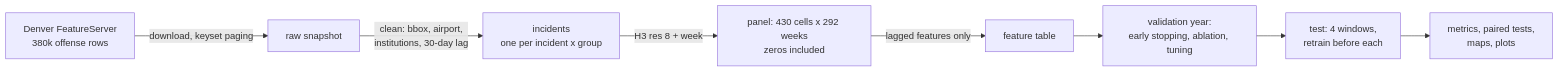
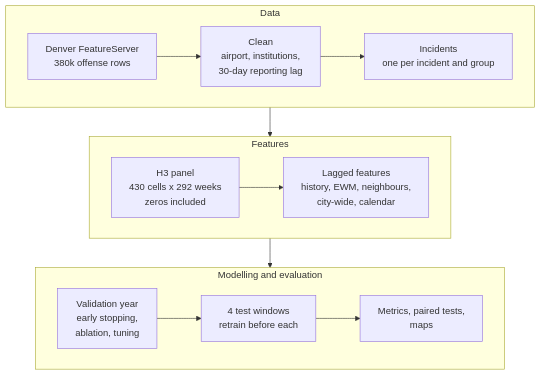
One commit to TaimourKhan2132/DenverCrime changed the diagram in README.md. Above: the diagram before and after it, drawn with Mermaid. The commit also changed other lines of this file and 4 other files, not shown here.

First line of the commit message:
docs: readable pipeline and evaluation diagrams

````diff
--- a/README.md
+++ b/README.md
@@ -131,10 +131,16 @@
 ```mermaid
-flowchart LR
-    A[Denver FeatureServer<br/>380k offense rows] -->|download, keyset paging| B[raw snapshot]
-    B -->|clean: bbox, airport,<br/>institutions, 30-day lag| C[incidents<br/>one per incident x group]
-    C -->|H3 res 8 + week| D[panel: 430 cells x 292 weeks<br/>zeros included]
-    D -->|lagged features only| E[feature table]
-    E --> F[validation year:<br/>early stopping, ablation, tuning]
-    F --> G[test: 4 windows,<br/>retrain before each]
-    G --> H[metrics, paired tests,<br/>maps, plots]
+flowchart TB
+    subgraph data ["Data"]
+        direction LR
+        A["Denver FeatureServer<br/>380k offense rows"] --> B["Clean<br/>airport, institutions,<br/>30-day reporting lag"] --> C["Incidents<br/>one per incident and group"]
+    end
+    subgraph feat ["Features"]
+        direction LR
+        D["H3 panel<br/>430 cells x 292 weeks<br/>zeros included"] --> E["Lagged features<br/>history, EWM, neighbours,<br/>city-wide, calendar"]
+    end
+    subgraph model ["Modelling and evaluation"]
+        direction LR
+        F["Validation year<br/>early stopping,<br/>ablation, tuning"] --> G["4 test windows<br/>retrain before each"] --> H["Metrics, paired tests,<br/>maps"]
+    end
+    data --> feat --> model
 ```
````
